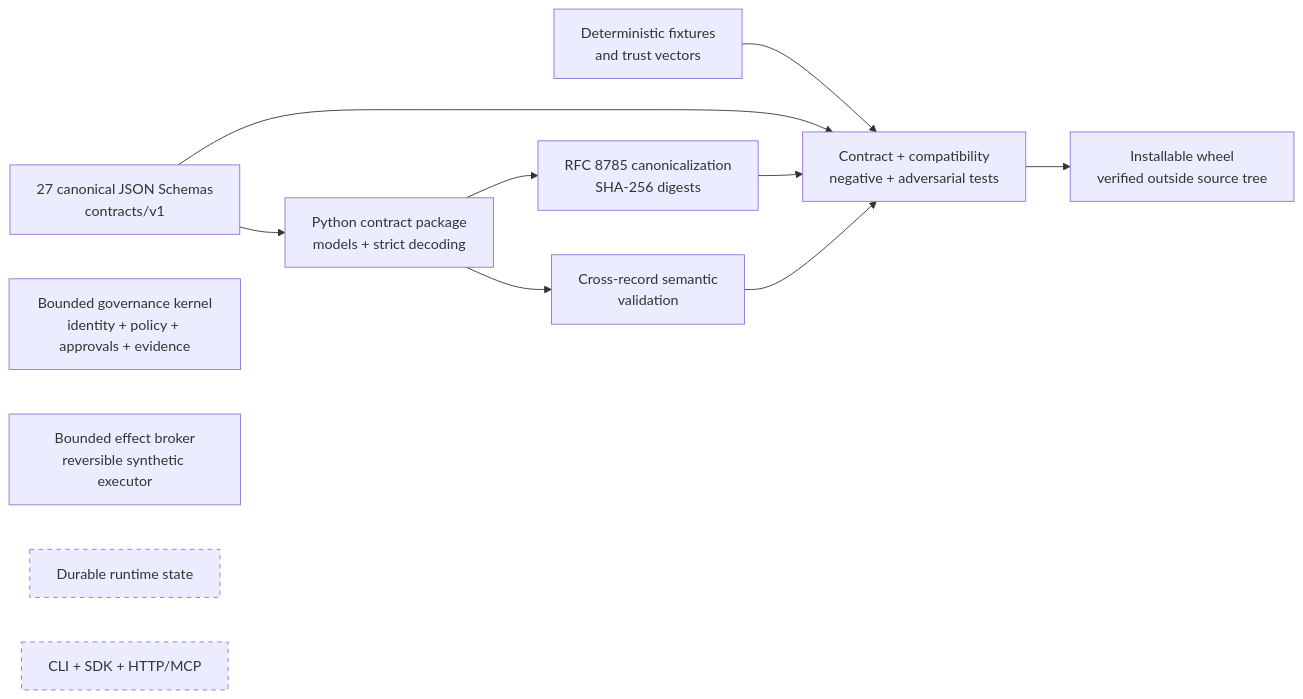
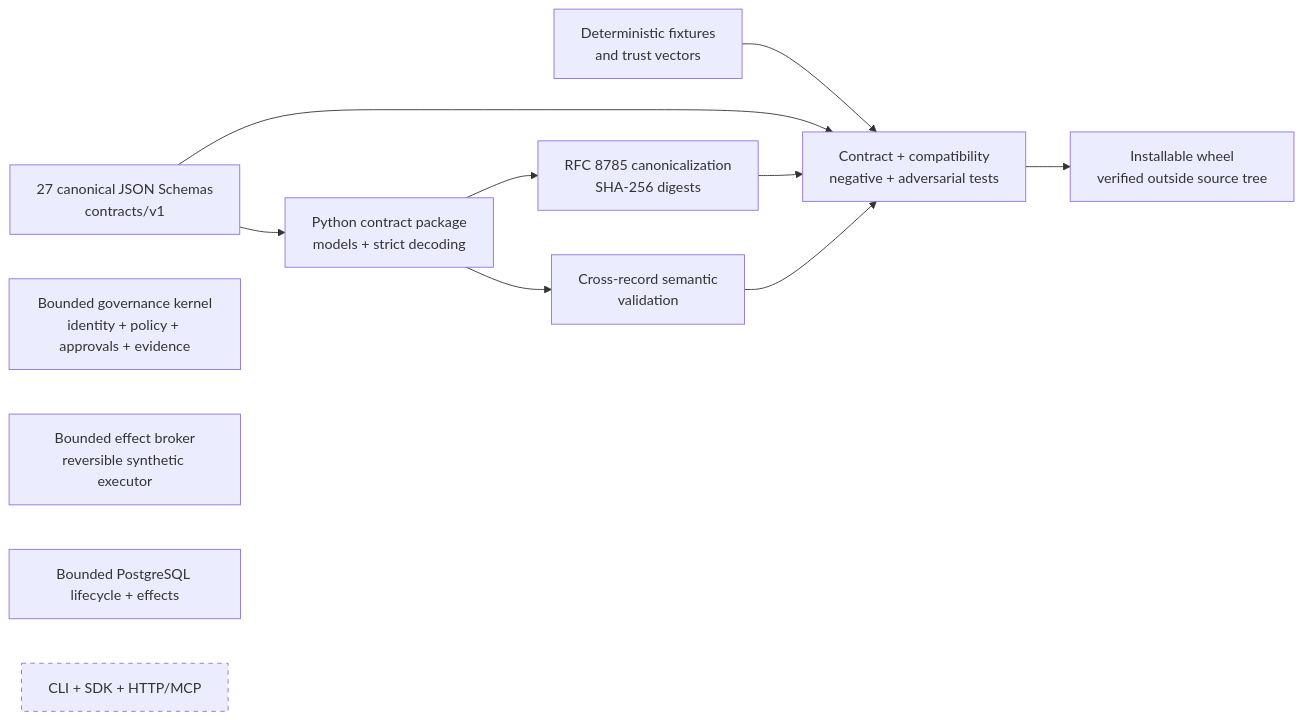
One commit to lamenting-hawthorn/governed-agent-harness changed the first of 3 diagrams in README.md. Above: the diagram before and after it, drawn with Mermaid. The commit also changed other lines of this file and 18 other files, not shown here.

````diff
--- a/README.md
+++ b/README.md
@@ -48,18 +50,18 @@
 ```mermaid
 flowchart LR
   Schemas["27 canonical JSON Schemas\ncontracts/v1"] --> Package["Python contract package\nmodels + strict decoding"]
   Package --> Canonical["RFC 8785 canonicalization\nSHA-256 digests"]
   Package --> Semantic["Cross-record semantic\nvalidation"]
   Fixtures["Deterministic fixtures\nand trust vectors"] --> Tests["Contract + compatibility\nnegative + adversarial tests"]
   Schemas --> Tests
   Canonical --> Tests
   Semantic --> Tests
   Tests --> Wheel["Installable wheel\nverified outside source tree"]
 
   Kernel["Bounded governance kernel\nidentity + policy + approvals + evidence"]
   Effects["Bounded effect broker\nreversible synthetic executor"]
-  Storage["Durable runtime state"]:::planned
+  Storage["Bounded PostgreSQL lifecycle + effects"]
   Surfaces["CLI + SDK + HTTP/MCP"]:::planned
 
   classDef planned stroke-dasharray:5 5
 ```
````
